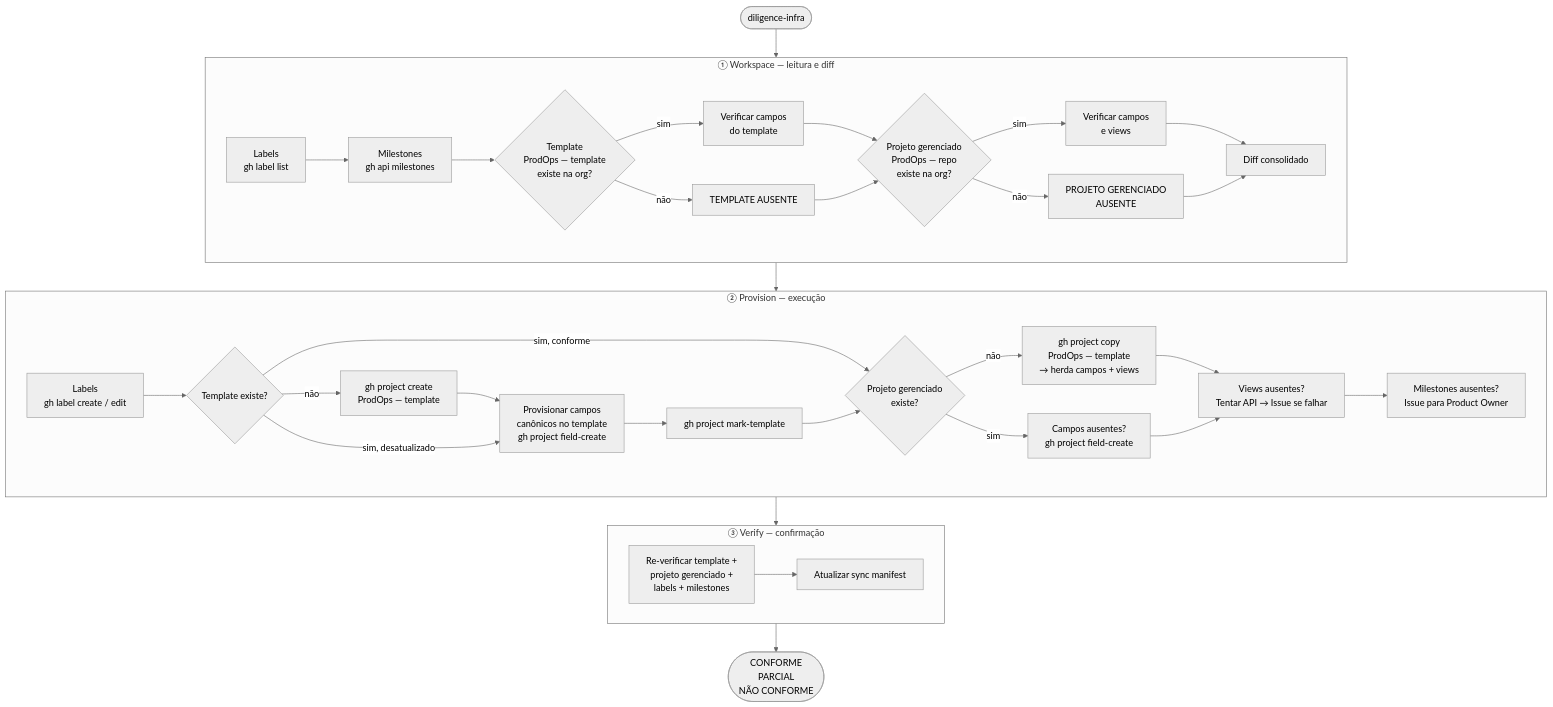
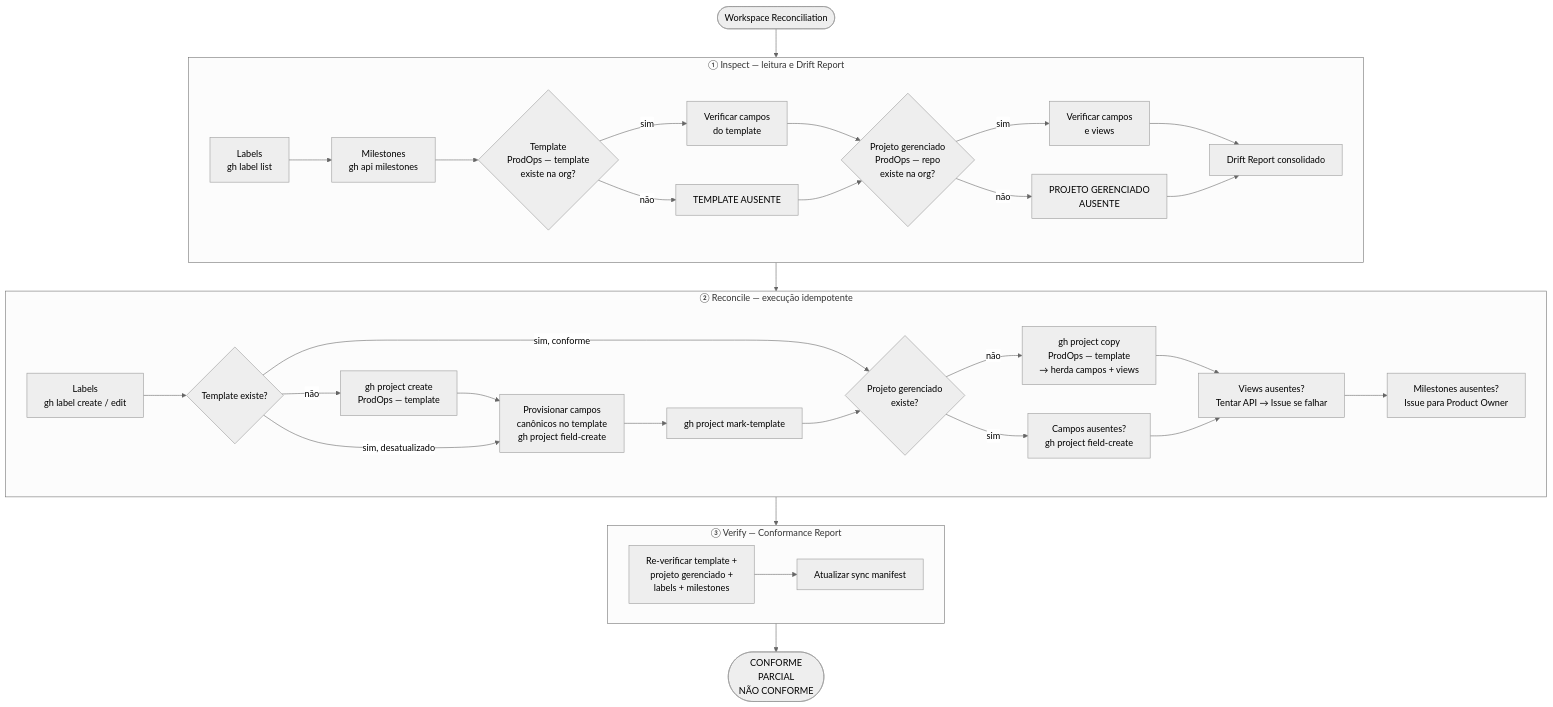
One commit to produtoreativo/payments-api changed the diagram in prodops/framework/github-workspace.md. Above: the diagram before and after it, drawn with Mermaid (neutral theme). The commit also changed other lines of this file and 12 other files, not shown here.

First line of the commit message:
refactor(diligence): rename diligence-infra to Workspace Reconciliation capability

````diff
--- a/prodops/framework/github-workspace.md
+++ b/prodops/framework/github-workspace.md
@@ -9,55 +11,55 @@
 ```mermaid
 flowchart TD
-    START([diligence-infra]) --> WORKSPACE
+    START([Workspace Reconciliation]) --> INSPECT
 
-    subgraph WORKSPACE["① Workspace — leitura e diff"]
+    subgraph INSPECT["① Inspect — leitura e Drift Report"]
         W1[Labels\ngh label list] --> W2
         W2[Milestones\ngh api milestones] --> W3
         W3{"Template\nProdOps — template\nexiste na org?"}
         W3 -->|sim| W3B[Verificar campos\ndo template]
         W3 -->|não| W3C[TEMPLATE AUSENTE]
         W3B --> W4
         W3C --> W4
         W4{"Projeto gerenciado\nProdOps — repo\nexiste na org?"}
         W4 -->|sim| W4B[Verificar campos\ne views]
         W4 -->|não| W4C[PROJETO GERENCIADO\nAUSENTE]
         W4B --> W5
         W4C --> W5
-        W5[Diff consolidado]
+        W5[Drift Report consolidado]
     end
 
-    WORKSPACE --> PROVISION
+    INSPECT --> RECONCILE
 
-    subgraph PROVISION["② Provision — execução"]
+    subgraph RECONCILE["② Reconcile — execução idempotente"]
         P1[Labels\ngh label create / edit]
         P1 --> P2
 
         P2{"Template existe?"}
         P2 -->|não| P2A[gh project create\nProdOps — template]
         P2A --> P2B
         P2 -->|sim, desatualizado| P2B
         P2B[Provisionar campos\ncanônicos no template\ngh project field-create]
         P2B --> P2C[gh project mark-template]
         P2 -->|sim, conforme| P3
         P2C --> P3
 
         P3{"Projeto gerenciado\nexiste?"}
         P3 -->|não| P3A["gh project copy\nProdOps — template\n→ herda campos + views"]
         P3 -->|sim| P3B[Campos ausentes?\ngh project field-create]
         P3A --> P4
         P3B --> P4
 
         P4[Views ausentes?\nTentar API → Issue se falhar]
         P4 --> P5
         P5[Milestones ausentes?\nIssue para Product Owner]
     end
 
-    PROVISION --> VERIFY
+    RECONCILE --> VERIFY
 
-    subgraph VERIFY["③ Verify — confirmação"]
+    subgraph VERIFY["③ Verify — Conformance Report"]
         V1[Re-verificar template +\nprojeto gerenciado +\nlabels + milestones]
         V1 --> V2[Atualizar sync manifest]
     end
 
     VERIFY --> DONE(["CONFORME\nPARCIAL\nNÃO CONFORME"])
 ```
````
